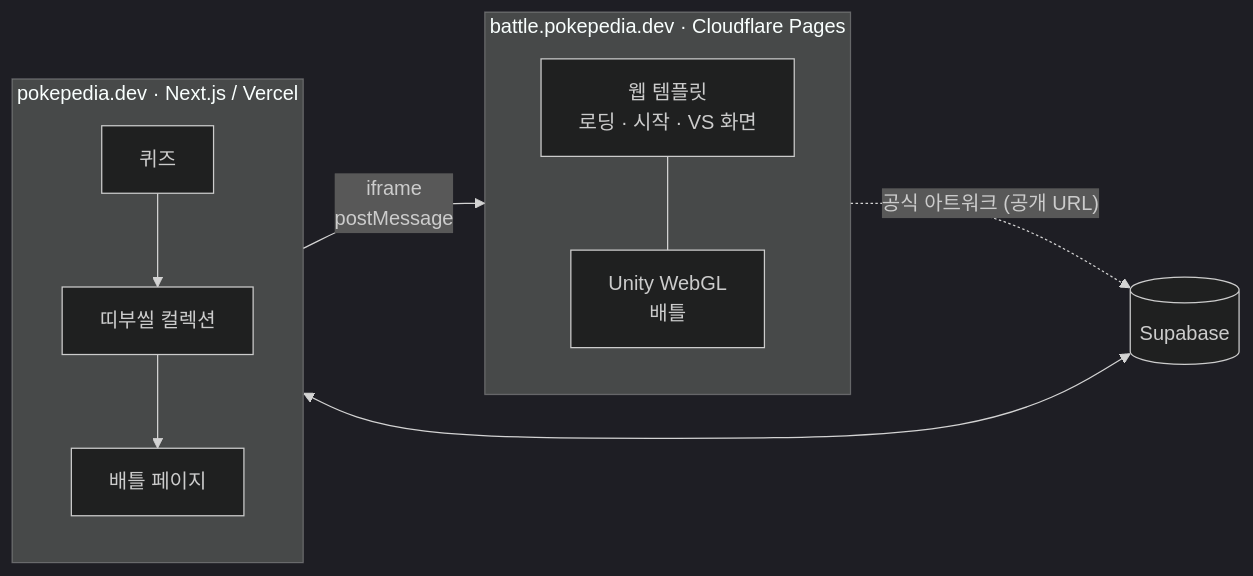
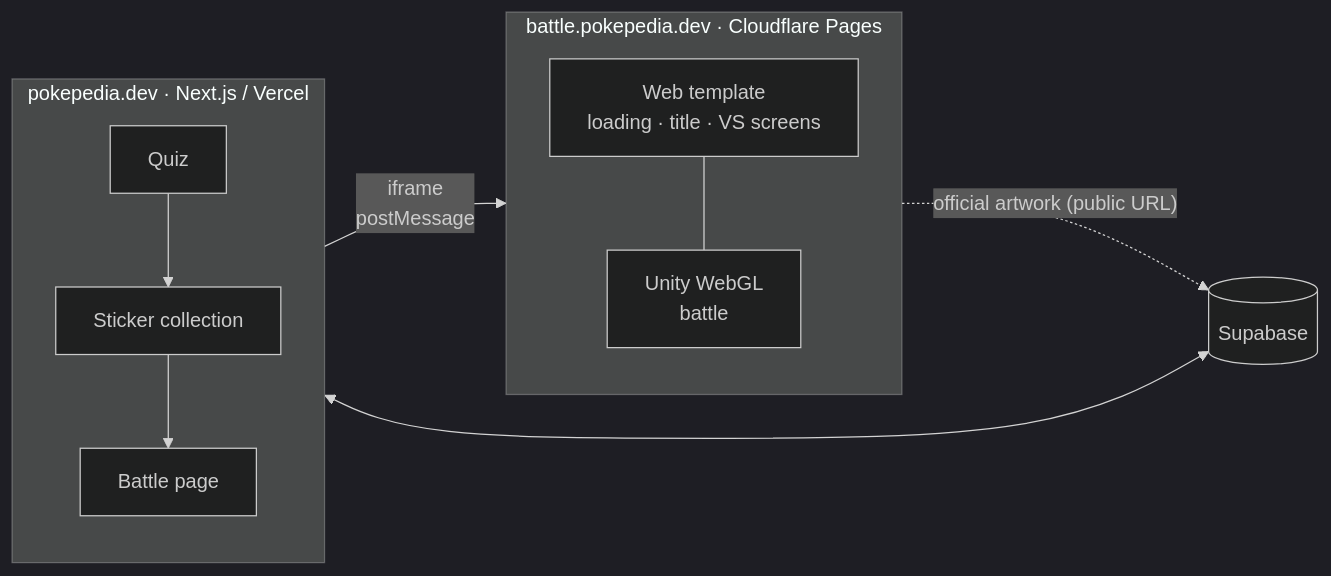
The diagram in README.md (ottuck/pokepedia-unity), drawn with Mermaid (dark theme) before and after one commit. The commit also changed other lines of this file, not shown here.

````diff
--- a/README.md
+++ b/README.md
@@ -20,18 +20,18 @@
 ```mermaid
 flowchart LR
     subgraph web["pokepedia.dev · Next.js / Vercel"]
         direction TB
-        quiz["퀴즈"] --> sticker["띠부씰 컬렉션"] --> page["배틀 페이지"]
+        quiz["Quiz"] --> sticker["Sticker collection"] --> page["Battle page"]
     end
 
     db[("Supabase")]
 
     subgraph game["battle.pokepedia.dev · Cloudflare Pages"]
         direction TB
-        shell["웹 템플릿<br/>로딩 · 시작 · VS 화면"] --- unity["Unity WebGL<br/>배틀"]
+        shell["Web template<br/>loading · title · VS screens"] --- unity["Unity WebGL<br/>battle"]
     end
 
     sticker <--> db
     page -- "iframe<br/>postMessage" --> shell
-    shell -. "공식 아트워크 (공개 URL)" .-> db
+    shell -. "official artwork (public URL)" .-> db
 ```
````
